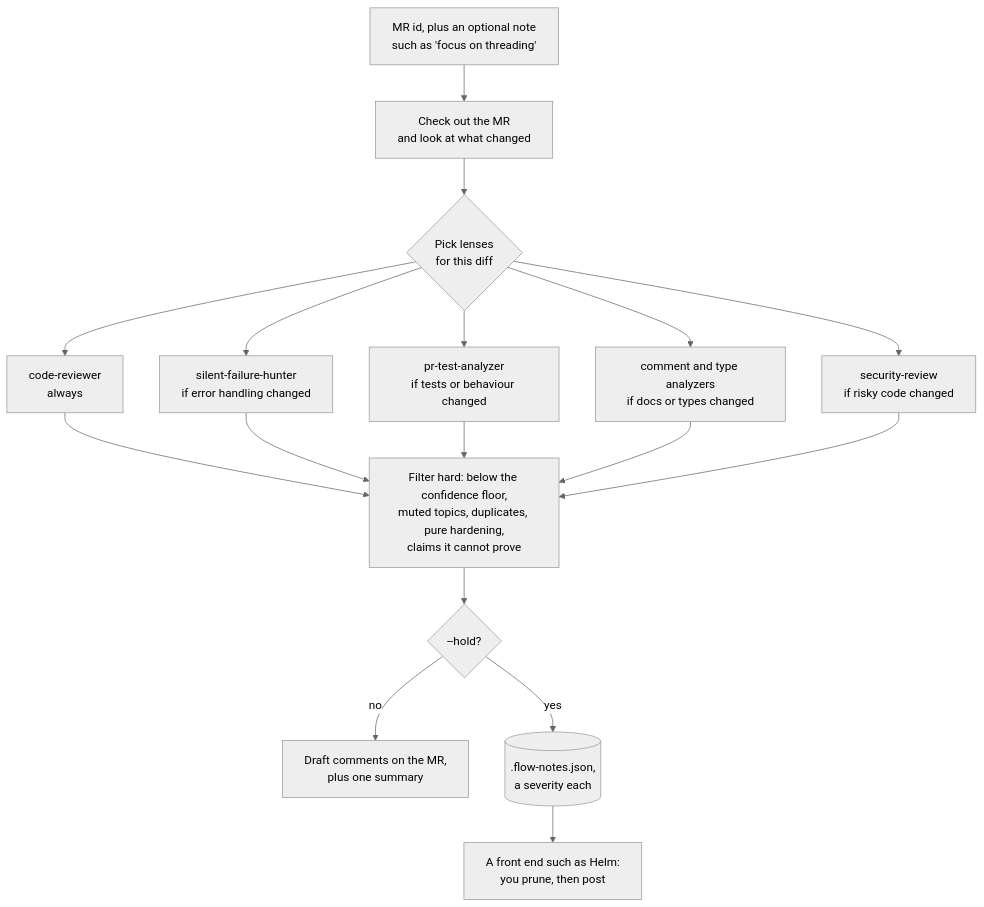
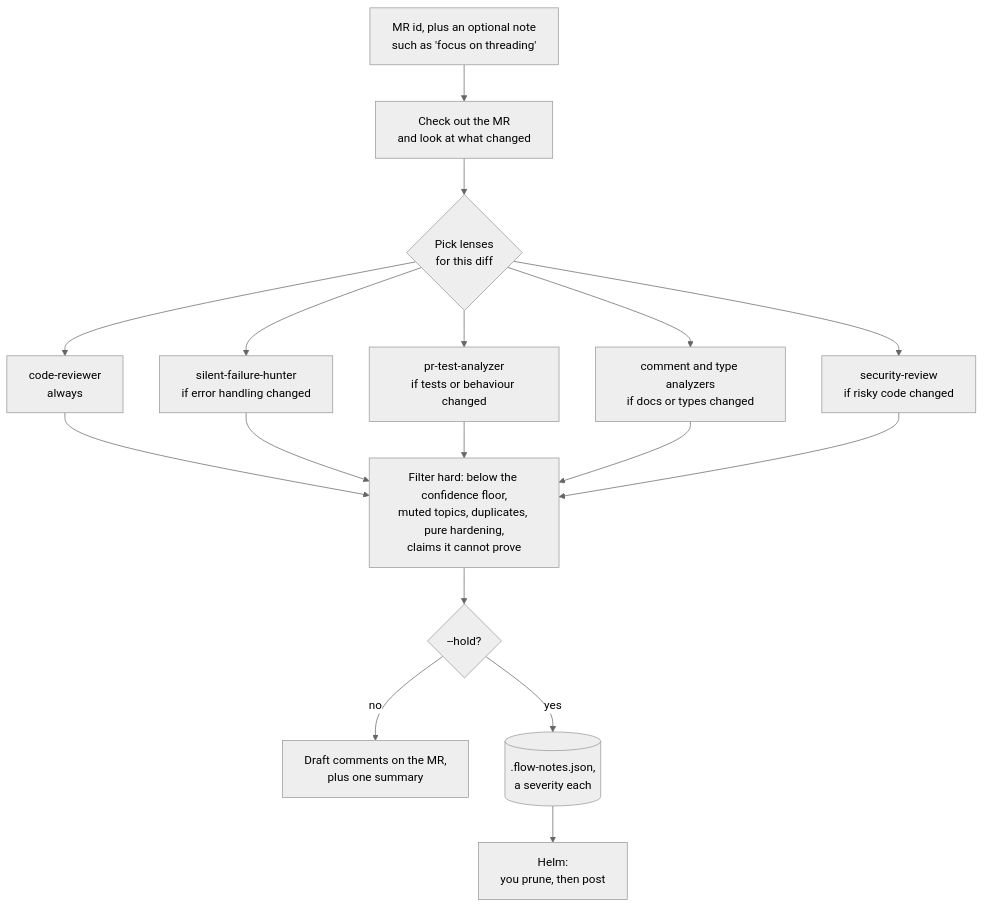
Before and after one commit to MarkusVGJensen/flow: the fifth of 5 diagrams in README.md, drawn with Mermaid (neutral theme). The commit also changed other lines of this file and 15 other files, not shown here.

First line of the commit message:
flow 0.5.1: hook, command and agent fixes; Helm is the front end

````diff
--- a/README.md
+++ b/README.md
@@ -516,15 +524,15 @@
 ```mermaid
 flowchart TD
   M["MR id, plus an optional note<br/>such as 'focus on threading'"] --> W["Check out the MR<br/>and look at what changed"]
   W --> S{"Pick lenses<br/>for this diff"}
   S --> L1["code-reviewer<br/>always"]
   S --> L2["silent-failure-hunter<br/>if error handling changed"]
   S --> L3["pr-test-analyzer<br/>if tests or behaviour changed"]
   S --> L4["comment and type analyzers<br/>if docs or types changed"]
   S --> L5["security-review<br/>if risky code changed"]
   L1 & L2 & L3 & L4 & L5 --> F["Filter hard: below the confidence floor,<br/>muted topics, duplicates, pure hardening,<br/>claims it cannot prove"]
   F --> D{"--hold?"}
   D -- "no" --> P["Draft comments on the MR,<br/>plus one summary"]
   D -- "yes" --> H[(".flow-notes.json,<br/>a severity each")]
-  H --> FE["A front end such as Helm:<br/>you prune, then post"]
+  H --> FE["Helm:<br/>you prune, then post"]
 ```
````
